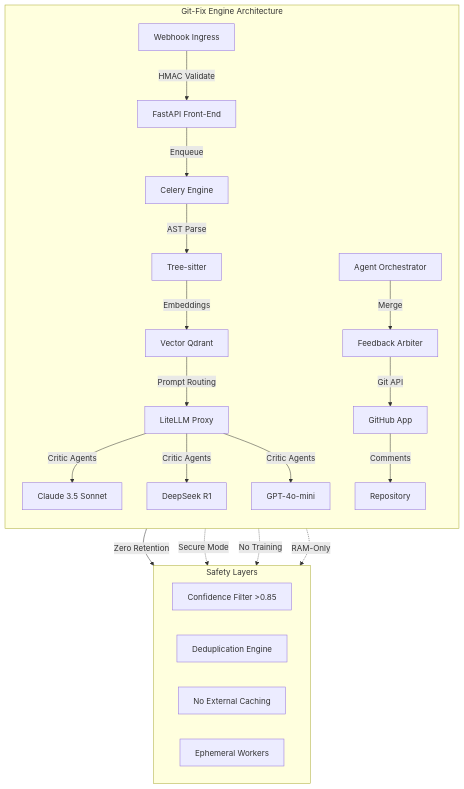
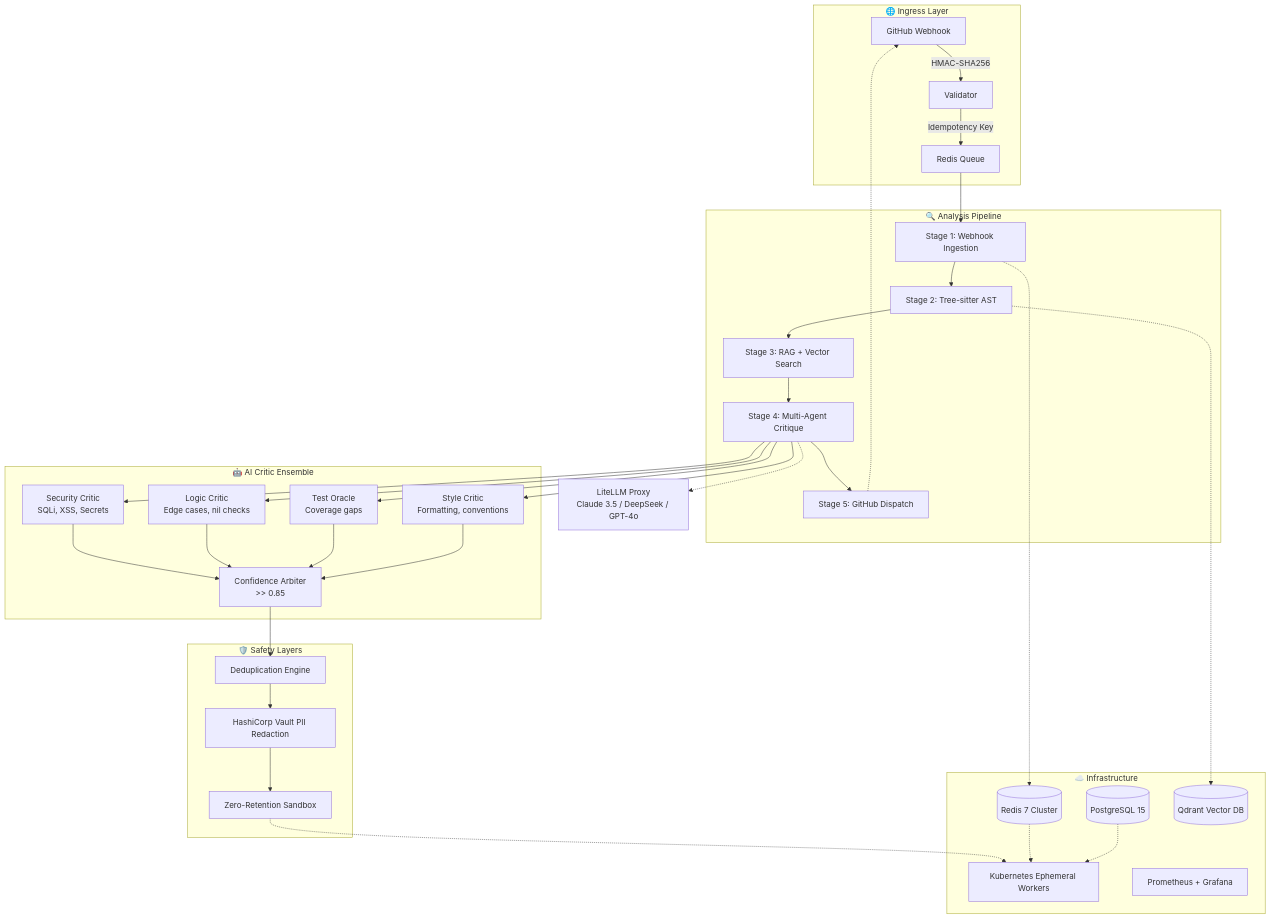
One commit to motherskitchenblr2/Code-Rabbit-Alternative changed the diagram in README.md. Above: the diagram before and after it, drawn with Mermaid. The commit also changed other lines of this file, not shown here.

Commit message:
feat: Complete README overhaul - Highly appealing cyberpunk theme with animated badges, architecture diagrams, performance benchmarks, security hardening details, deployment guides, and comprehensive feature showcase

````diff
--- a/README.md
+++ b/README.md
@@ -189,30 +110,48 @@
 ```mermaid
-graph TD
-    subgraph "Git-Fix Engine Architecture"
-        direction TB
-        WH[Webhook Ingress] -->|HMAC Validate| FE[FastAPI Front-End]
-        FE -->|Enqueue| CE[Celery Engine]
-        CE -->|AST Parse| TS[Tree-sitter]
-        TS -->|Embeddings| VQ[Vector Qdrant]
-        VQ -->|Prompt Routing| LL[LiteLLM Proxy]
-        LL -->|Critic Agents| LLM1[Claude 3.5 Sonnet]
-        LL -->|Critic Agents| LLM2[DeepSeek R1]
-        LL -->|Critic Agents| LLM3[GPT-4o-mini]
-        AG[Agent Orchestrator] -->|Merge| FB[Feedback Arbiter]
-        FB -->|Git API| GA[GitHub App]
-        GA -->|Comments| RE[Repository]
+graph TB
+    subgraph "🌐 Ingress Layer"
+        GH[GitHub Webhook] -->|HMAC-SHA256| VAL[Validator]
+        VAL -->|Idempotency Key| QUEUE[Redis Queue]
     end
-    
-    subgraph "Safety Layers"
-        direction LR
-        S1[Confidence Filter >0.85]
-        S2[Deduplication Engine]
-        S3[No External Caching]
-        S4[Ephemeral Workers]
+
+    subgraph "🔍 Analysis Pipeline"
+        QUEUE --> STAGE1[Stage 1: Webhook Ingestion]
+        STAGE1 --> STAGE2[Stage 2: Tree-sitter AST]
+        STAGE2 --> STAGE3[Stage 3: RAG + Vector Search]
+        STAGE3 --> STAGE4[Stage 4: Multi-Agent Critique]
+        STAGE4 --> STAGE5[Stage 5: GitHub Dispatch]
     end
-    
-    VQ -->|Zero Retention| S1
-    LLM1 -.->|Secure Mode| S2
-    LLM2 -.->|No Training| S3
-    LLM3 -.->|RAM-Only| S4
+
+    subgraph "🤖 AI Critic Ensemble"
+        STAGE4 --> SEC[Security Critic<br/>SQLi, XSS, Secrets]
+        STAGE4 --> LOG[Logic Critic<br/>Edge cases, nil checks]
+        STAGE4 --> TEST[Test Oracle<br/>Coverage gaps]
+        STAGE4 --> STYLE[Style Critic<br/>Formatting, conventions]
+        SEC --> ARB[Confidence Arbiter<br/>>> 0.85]
+        LOG --> ARB
+        TEST --> ARB
+        STYLE --> ARB
+    end
+
+    subgraph "🛡️ Safety Layers"
+        ARB --> FILTER[Deduplication Engine]
+        FILTER --> VAULT[HashiCorp Vault PII Redaction]
+        VAULT --> ZERO[Zero-Retention Sandbox]
+    end
+
+    subgraph "☁️ Infrastructure"
+        K8S[Kubernetes Ephemeral Workers]
+        PG[(PostgreSQL 15)]
+        REDIS[(Redis 7 Cluster)]
+        QDRANT[(Qdrant Vector DB)]
+        PROM[Prometheus + Grafana]
+    end
+
+    STAGE1 -.-> REDIS
+    STAGE2 -.-> QDRANT
+    STAGE4 -.-> LLM[LiteLLM Proxy<br/>Claude 3.5 / DeepSeek / GPT-4o]
+    STAGE5 -.-> GH
+    ZERO -.-> K8S
+    REDIS -.-> K8S
+    PG -.-> K8S
 ```
````
